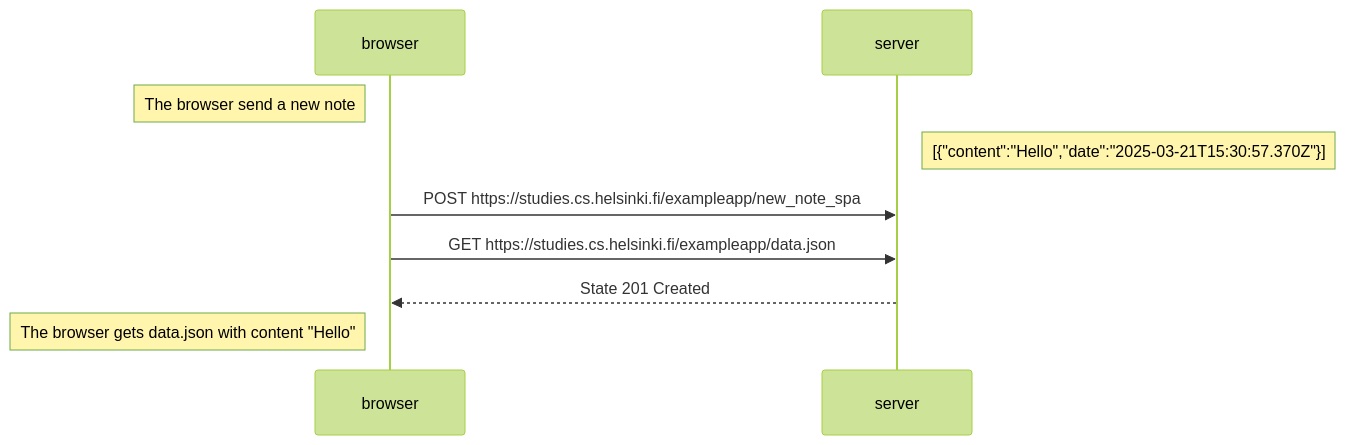
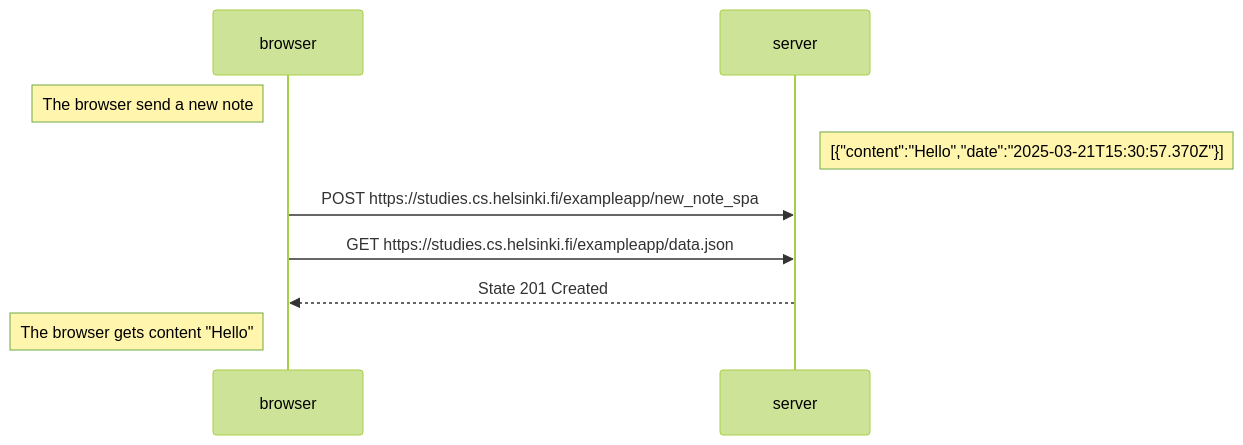
The diagram in 0.6: New note in application diagram of a single page.md (GeanVillamar/Part0), drawn with Mermaid (forest theme) before and after one commit.

Commit message:
Update 0.6: New note in application diagram of a single page.md

````diff
--- a/0.6: New note in application diagram of a single page.md
+++ b/0.6: New note in application diagram of a single page.md
@@ -1,9 +1,9 @@
 ```mermaid
 sequenceDiagram
 Note left of browser: The browser send a new note
 Note right of server: [{"content":"Hello","date":"2025-03-21T15:30:57.370Z"}] 
 browser->>server: POST https://studies.cs.helsinki.fi/exampleapp/new_note_spa 
 browser->>server: GET https://studies.cs.helsinki.fi/exampleapp/data.json
 server-->>browser: State 201 Created
-Note left of browser: The browser gets data.json with content "Hello"
+Note left of browser: The browser gets content "Hello"
 ```
````
